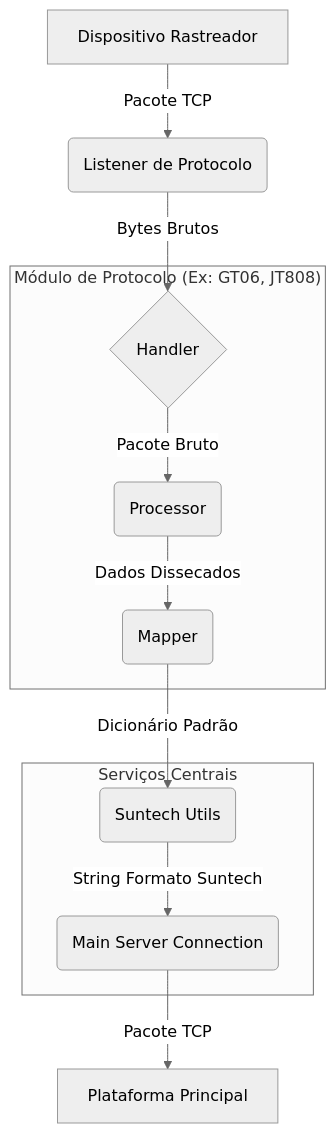
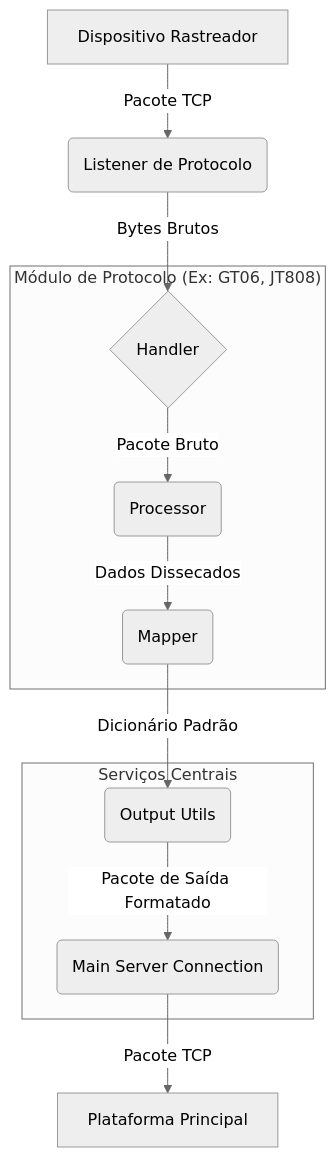
The first of 2 diagrams in README.md (ju-sants/communication-protocol-translator), drawn with Mermaid (neutral theme) before and after one commit. The commit also changed other lines of this file, not shown here.

````diff
--- a/README.md
+++ b/README.md
@@ -25,21 +25,21 @@
 ```mermaid
 graph TD
     A[Dispositivo Rastreador] -- Pacote TCP --> B(Listener de Protocolo);
     B -- Bytes Brutos --> C{Handler};
     C -- Pacote Bruto --> D(Processor);
     D -- Dados Dissecados --> E(Mapper);
-    E -- Dicionário Padrão --> F(Suntech Utils);
-    F -- String Formato Suntech --> G(Main Server Connection);
+    E -- Dicionário Padrão --> F(Output Utils);
+    F -- Pacote de Saída Formatado --> G(Main Server Connection);
     G -- Pacote TCP --> H[Plataforma Principal];
 
     subgraph "Módulo de Protocolo (Ex: GT06, JT808)"
         C
         D
         E
     end
 
     subgraph "Serviços Centrais"
         F
         G
     end
 ```
````
